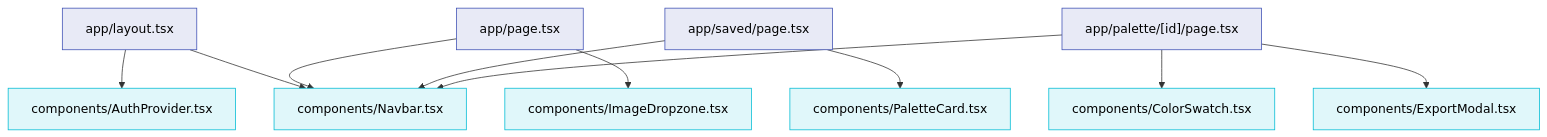
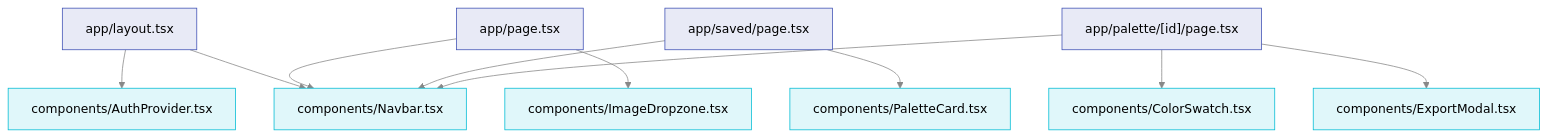
The third of 5 diagrams in devlog.md (alexli8408/PaletteAI), drawn with Mermaid before and after one commit. The commit also changed other lines of this file, not shown here.

Commit message:
docs: inject mermaid theme vars for dark mode sequence/flow compatibility

````diff
--- a/devlog.md
+++ b/devlog.md
@@ -147,18 +149,19 @@
 ```mermaid
+%%{init: {'theme': 'base', 'themeVariables': { 'primaryTextColor': '#000', 'lineColor': '#888', 'clusterBkg': '#222' }}}%%
 graph TD
     classDef layout fill:#e8eaf6,stroke:#3f51b5,stroke-width:1px,color:#000
     classDef ui fill:#e0f7fa,stroke:#00bcd4,stroke-width:1px,color:#000
 
     AppLayout["app/layout.tsx"]:::layout --> AuthProv["components/AuthProvider.tsx"]:::ui
     AppLayout --> Nav["components/Navbar.tsx"]:::ui
 
     HomePage["app/page.tsx"]:::layout --> Nav
     HomePage --> Dropzone["components/ImageDropzone.tsx"]:::ui
 
     SavedPage["app/saved/page.tsx"]:::layout --> Nav
     SavedPage --> Card["components/PaletteCard.tsx"]:::ui
 
     PalettePage["app/palette/[id]/page.tsx"]:::layout --> Nav
     PalettePage --> Swatch["components/ColorSwatch.tsx"]:::ui
     PalettePage --> Export["components/ExportModal.tsx"]:::ui
 ```
````
